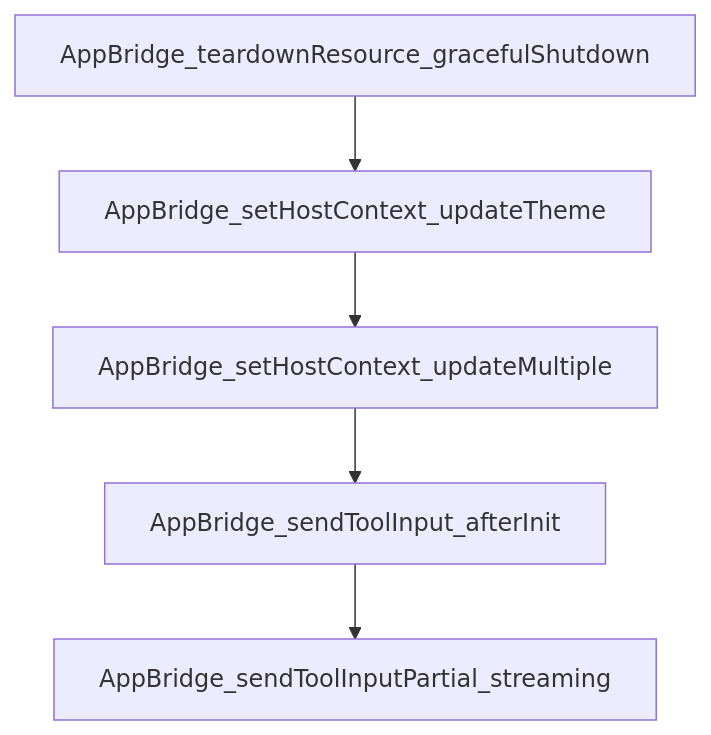
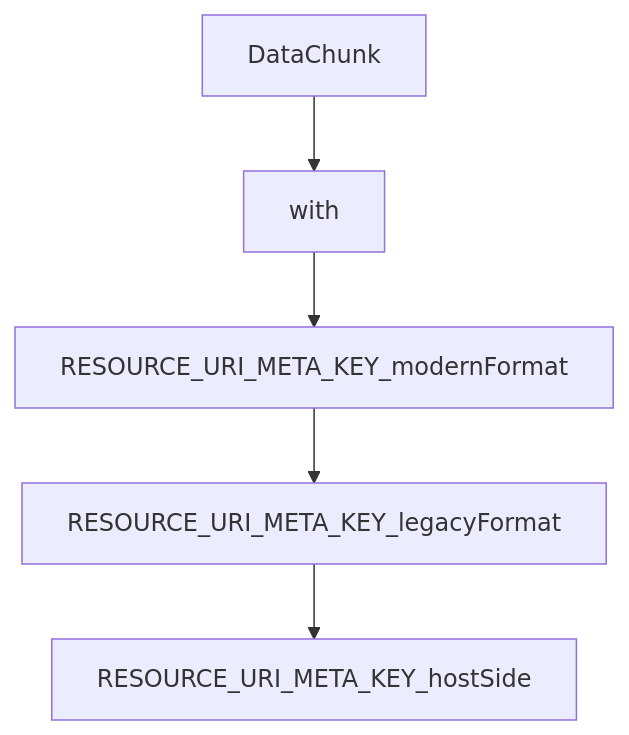
Before and after one commit to johnxie/awesome-code-docs: the diagram in tutorials/mcp-ext-apps-tutorial/02-mcp-apps-architecture-and-lifecycle.md, drawn with Mermaid. The commit also changed other lines of this file and 1232 other files, not shown here.

````diff
--- a/tutorials/mcp-ext-apps-tutorial/02-mcp-apps-architecture-and-lifecycle.md
+++ b/tutorials/mcp-ext-apps-tutorial/02-mcp-apps-architecture-and-lifecycle.md
@@ -213,12 +211,12 @@
 ```mermaid
 flowchart TD
-    A[AppBridge_teardownResource_gracefulShutdown]
-    B[AppBridge_setHostContext_updateTheme]
-    C[AppBridge_setHostContext_updateMultiple]
-    D[AppBridge_sendToolInput_afterInit]
-    E[AppBridge_sendToolInputPartial_streaming]
+    A[DataChunk]
+    B[with]
+    C[RESOURCE_URI_META_KEY_modernFormat]
+    D[RESOURCE_URI_META_KEY_legacyFormat]
+    E[RESOURCE_URI_META_KEY_hostSide]
     A --> B
     B --> C
     C --> D
     D --> E
 ```
````
